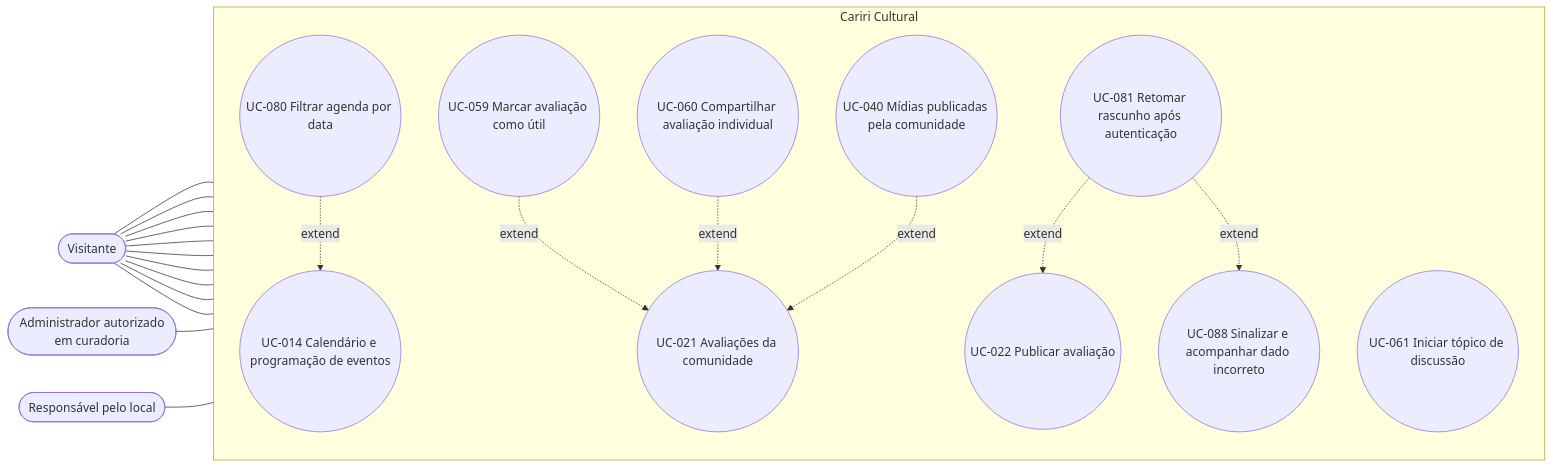
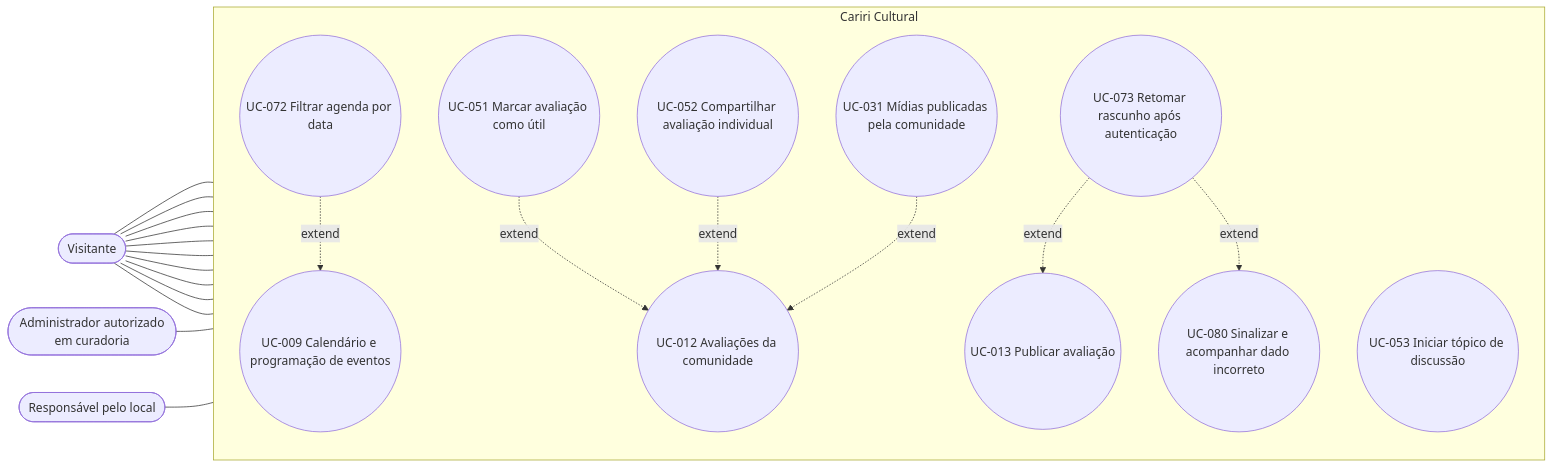
One commit to alan-mendes-ufca/CaririCultural changed the fourth of 11 diagrams in home/user-cases/use-cases-diagram.md. Above: the diagram before and after it, drawn with Mermaid. The commit also changed other lines of this file and 4 other files, not shown here.

````diff
--- a/home/user-cases/use-cases-diagram.md
+++ b/home/user-cases/use-cases-diagram.md
@@ -190,35 +133,35 @@
 ```mermaid
 flowchart LR
     %% Atores
     V([Visitante])
     ADM([Administrador autorizado<br/>em curadoria])
     RESP([Responsável pelo local])
 
     %% Fronteira
     subgraph CC [Cariri Cultural]
         direction TB
-        UC014((UC-014 Calendário e programação de eventos))
-        UC021((UC-021 Avaliações da comunidade))
-        UC022((UC-022 Publicar avaliação))
-        UC040((UC-040 Mídias publicadas pela comunidade))
-        UC059((UC-059 Marcar avaliação como útil))
-        UC060((UC-060 Compartilhar avaliação individual))
-        UC061((UC-061 Iniciar tópico de discussão))
-        UC080((UC-080 Filtrar agenda por data))
-        UC081((UC-081 Retomar rascunho após autenticação))
-        UC088((UC-088 Sinalizar e acompanhar dado incorreto))
+        UC009((UC-009 Calendário e programação de eventos))
+        UC012((UC-012 Avaliações da comunidade))
+        UC013((UC-013 Publicar avaliação))
+        UC031((UC-031 Mídias publicadas pela comunidade))
+        UC051((UC-051 Marcar avaliação como útil))
+        UC052((UC-052 Compartilhar avaliação individual))
+        UC053((UC-053 Iniciar tópico de discussão))
+        UC072((UC-072 Filtrar agenda por data))
+        UC073((UC-073 Retomar rascunho após autenticação))
+        UC080((UC-080 Sinalizar e acompanhar dado incorreto))
     end
 
     %% Relações Ator -> Caso de Uso
-    V --- UC014 & UC021 & UC040 & UC080 & UC022 & UC059 & UC060 & UC061 & UC081 & UC088
-    ADM --- UC088
-    RESP --- UC088
+    V --- UC009 & UC012 & UC031 & UC072 & UC013 & UC051 & UC052 & UC053 & UC073 & UC080
+    ADM --- UC080
+    RESP --- UC080
 
     %% Relações Extend
-    UC059 -.->|extend| UC021
-    UC060 -.->|extend| UC021
-    UC040 -.->|extend| UC021
-    UC080 -.->|extend| UC014
-    UC081 -.->|extend| UC022
-    UC081 -.->|extend| UC088
+    UC051 -.->|extend| UC012
+    UC052 -.->|extend| UC012
+    UC031 -.->|extend| UC012
+    UC072 -.->|extend| UC009
+    UC073 -.->|extend| UC013
+    UC073 -.->|extend| UC080
 ```
````
